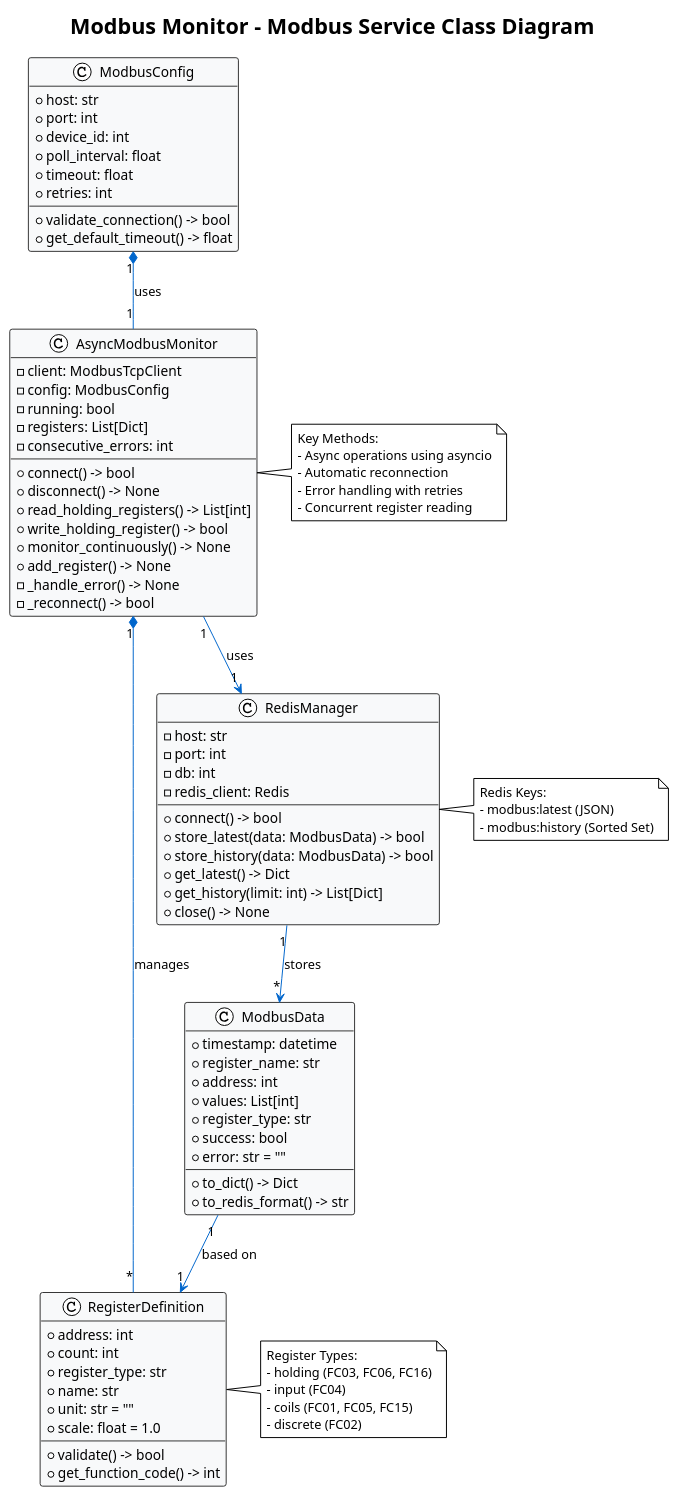
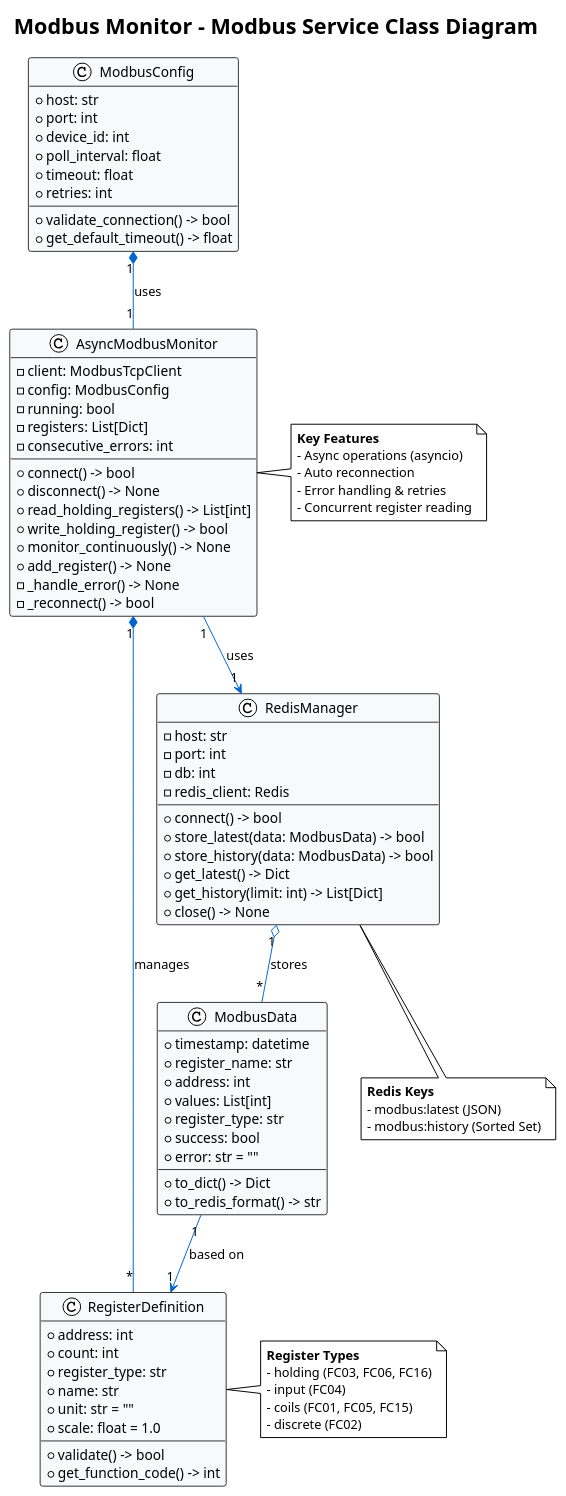
The fourth of 8 diagrams in README.md (sprigga/Modbus_Monitor), drawn with PlantUML before and after one commit. The commit also changed other lines of this file, not shown here.

Commit message:
Update README with enhanced diagrams and documentation

```diff
--- a/README.md
+++ b/README.md
@@ -1226,27 +1224,26 @@
 AsyncModbusMonitor "1" *-- "*" RegisterDefinition : manages
 AsyncModbusMonitor "1" --> "1" RedisManager : uses
 ModbusData "1" --> "1" RegisterDefinition : based on
-RedisManager "1" --> "*" ModbusData : stores
+RedisManager "1" o-- "*" ModbusData : stores
 
-' Notes
 note right of AsyncModbusMonitor
-    Key Methods:
-    - Async operations using asyncio
-    - Automatic reconnection
-    - Error handling with retries
+    **Key Features**
+    - Async operations (asyncio)
+    - Auto reconnection
+    - Error handling & retries
     - Concurrent register reading
 end note
 
 note right of RegisterDefinition
-    Register Types:
+    **Register Types**
     - holding (FC03, FC06, FC16)
     - input (FC04)
     - coils (FC01, FC05, FC15)
     - discrete (FC02)
 end note
 
-note right of RedisManager
-    Redis Keys:
+note bottom of RedisManager
+    **Redis Keys**
     - modbus:latest (JSON)
     - modbus:history (Sorted Set)
 end note
```
